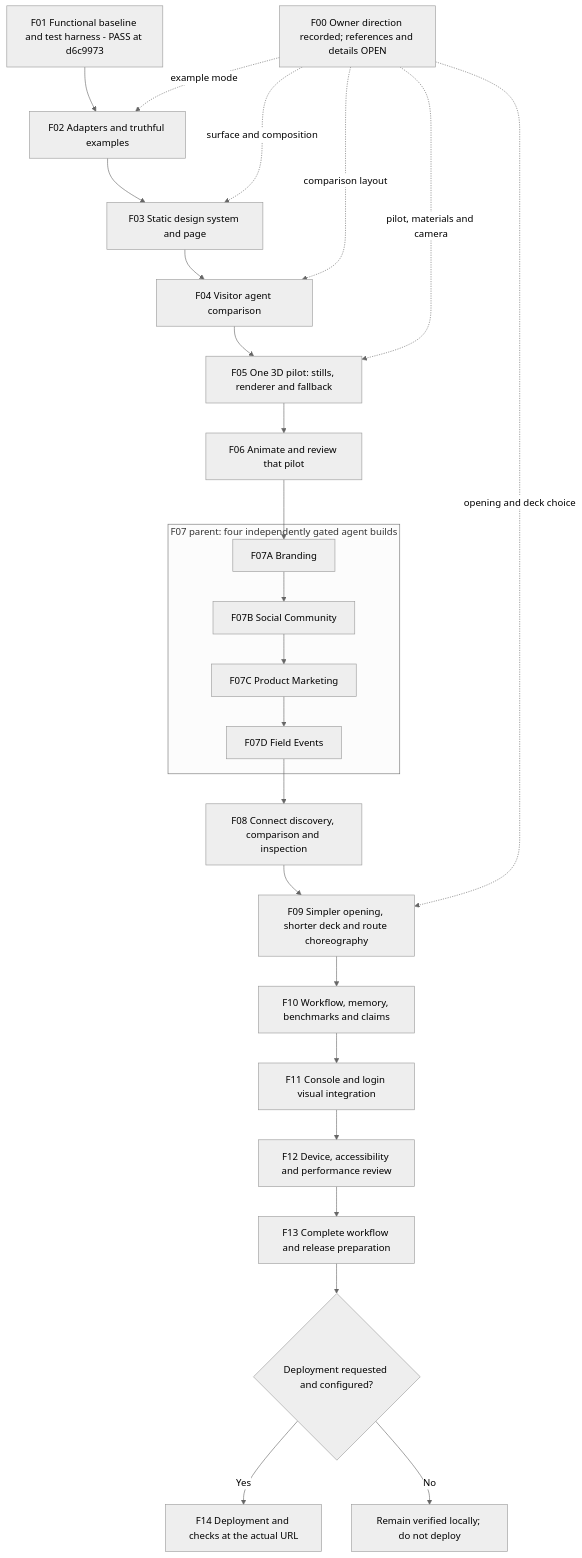
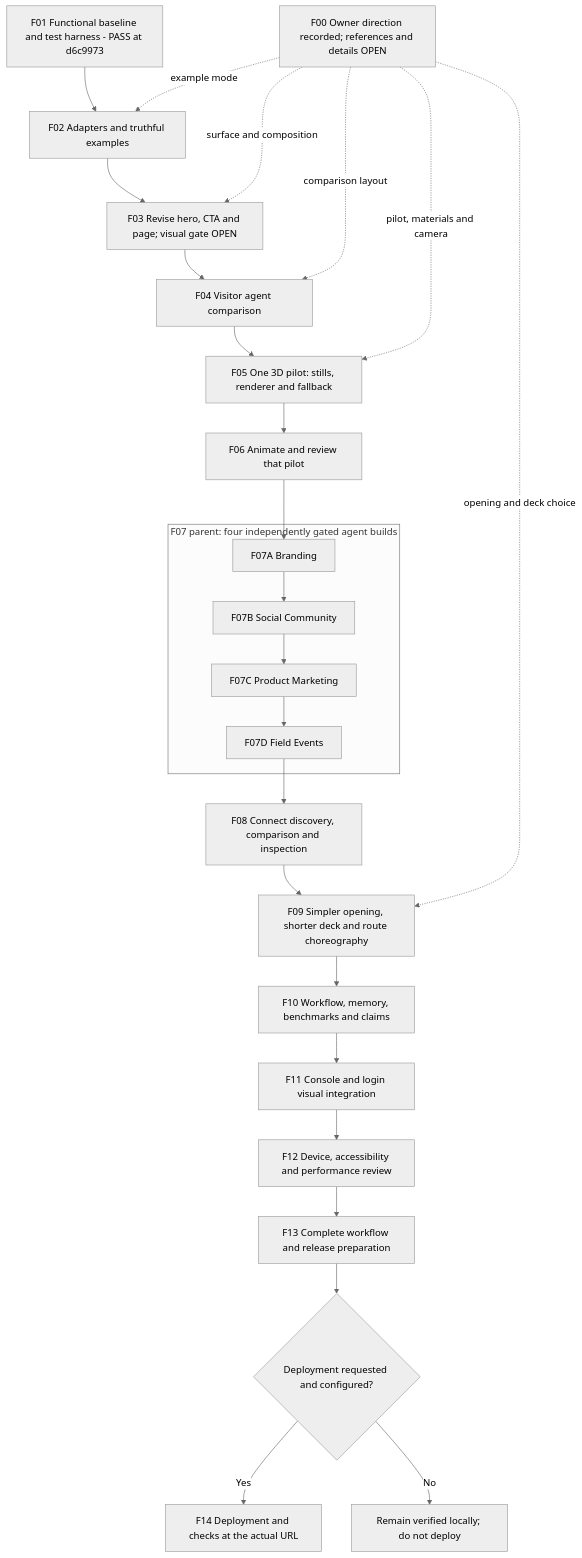
The second of 3 diagrams in docs/MARKETING_OS_BLUEPRINT_PLAN.md (namm9an/Marketing-OS), drawn with Mermaid (neutral theme) before and after one commit. The commit also changed other lines of this file and 2 other files, not shown here.

Commit message:
docs: align hero and CTA direction with frontend phases

````diff
--- a/docs/MARKETING_OS_BLUEPRINT_PLAN.md
+++ b/docs/MARKETING_OS_BLUEPRINT_PLAN.md
@@ -417,36 +421,36 @@
 ```mermaid
 flowchart TB
     F00["F00 Owner direction recorded; references and details OPEN"]
     F01["F01 Functional baseline and test harness - PASS at d6c9973"]
     F02["F02 Adapters and truthful examples"]
-    F03["F03 Static design system and page"]
+    F03["F03 Revise hero, CTA and page; visual gate OPEN"]
     F04["F04 Visitor agent comparison"]
     F05["F05 One 3D pilot: stills, renderer and fallback"]
     F06["F06 Animate and review that pilot"]
     subgraph Remaining["F07 parent: four independently gated agent builds"]
         F07A["F07A Branding"]
         F07B["F07B Social Community"]
         F07C["F07C Product Marketing"]
         F07D["F07D Field Events"]
         F07A --> F07B --> F07C --> F07D
     end
     F08["F08 Connect discovery, comparison and inspection"]
     F09["F09 Simpler opening, shorter deck and route choreography"]
     F10["F10 Workflow, memory, benchmarks and claims"]
     F11["F11 Console and login visual integration"]
     F12["F12 Device, accessibility and performance review"]
     F13["F13 Complete workflow and release preparation"]
     Deploy{"Deployment requested and configured?"}
     F14["F14 Deployment and checks at the actual URL"]
     Hold["Remain verified locally; do not deploy"]
     F01 --> F02 --> F03 --> F04 --> F05 --> F06 --> F07A
     F07D --> F08 --> F09 --> F10 --> F11 --> F12 --> F13
     F13 --> Deploy
     Deploy -->|"Yes"| F14
     Deploy -->|"No"| Hold
     F00 -.->|"example mode"| F02
     F00 -.->|"surface and composition"| F03
     F00 -.->|"comparison layout"| F04
     F00 -.->|"pilot, materials and camera"| F05
     F00 -.->|"opening and deck choice"| F09
 ```
````
